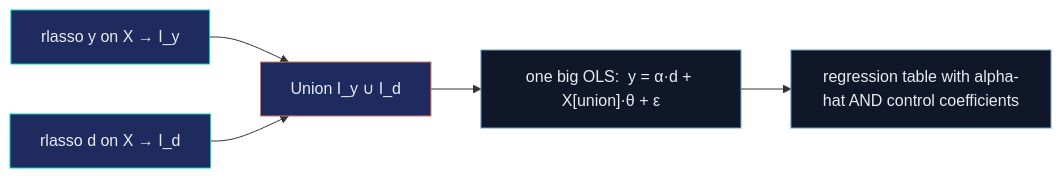
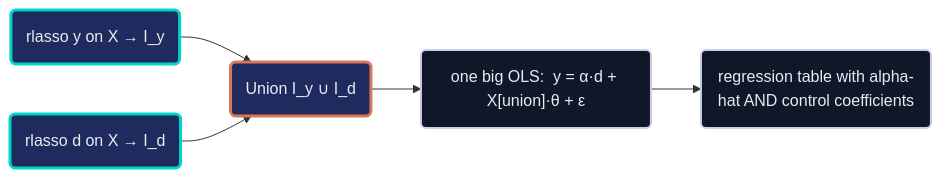
One commit to cmg777/starter-academic-v501 changed the third of 4 diagrams in content/post/stata_double_lasso/index.md. Above: the diagram before and after it, drawn with Mermaid. The commit also changed other lines of this file and 13 other files, not shown here.

First line of the commit message:
content(mermaid): restyle flowcharts in Stata posts, batch 1 of 2

````diff
--- a/content/post/stata_double_lasso/index.md
+++ b/content/post/stata_double_lasso/index.md
@@ -440,12 +440,13 @@
 ```mermaid
 flowchart LR
-    L1["rlasso y on X &rarr; I_y"] --> U["Union I_y &cup; I_d"]
-    L2["rlasso d on X &rarr; I_d"] --> U
-    U --> O["one big OLS:&nbsp; y = &alpha;&middot;d + X[union]&middot;&theta; + &epsilon;"]
-    O --> R["regression table with alpha-hat AND control coefficients"]
-    style L1 fill:#1f2b5e,stroke:#00d4c8,color:#e8ecf2
-    style L2 fill:#1f2b5e,stroke:#00d4c8,color:#e8ecf2
-    style U fill:#1f2b5e,stroke:#d97757,color:#e8ecf2
-    style O fill:#0f1729,stroke:#6a9bcc,color:#e8ecf2
-    style R fill:#0f1729,stroke:#6a9bcc,color:#e8ecf2
+    L1("rlasso y on X &rarr; I_y") --> U("Union I_y &cup; I_d")
+    L2("rlasso d on X &rarr; I_d") --> U
+    U --> O("one big OLS:&nbsp; y = &alpha;&middot;d + X[union]&middot;&theta; + &epsilon;")
+    O --> R("regression table with alpha-hat AND control coefficients")
+    classDef teal fill:#1f2b5e,stroke:#00d4c8,stroke-width:3px,color:#e8ecf2
+    classDef orange fill:#1f2b5e,stroke:#d97757,stroke-width:3px,color:#e8ecf2
+    classDef anchor fill:#0f1729,stroke:#c8d0e0,stroke-width:2px,color:#e8ecf2
+    class L1,L2 teal
+    class U orange
+    class O,R anchor
 ```
````
